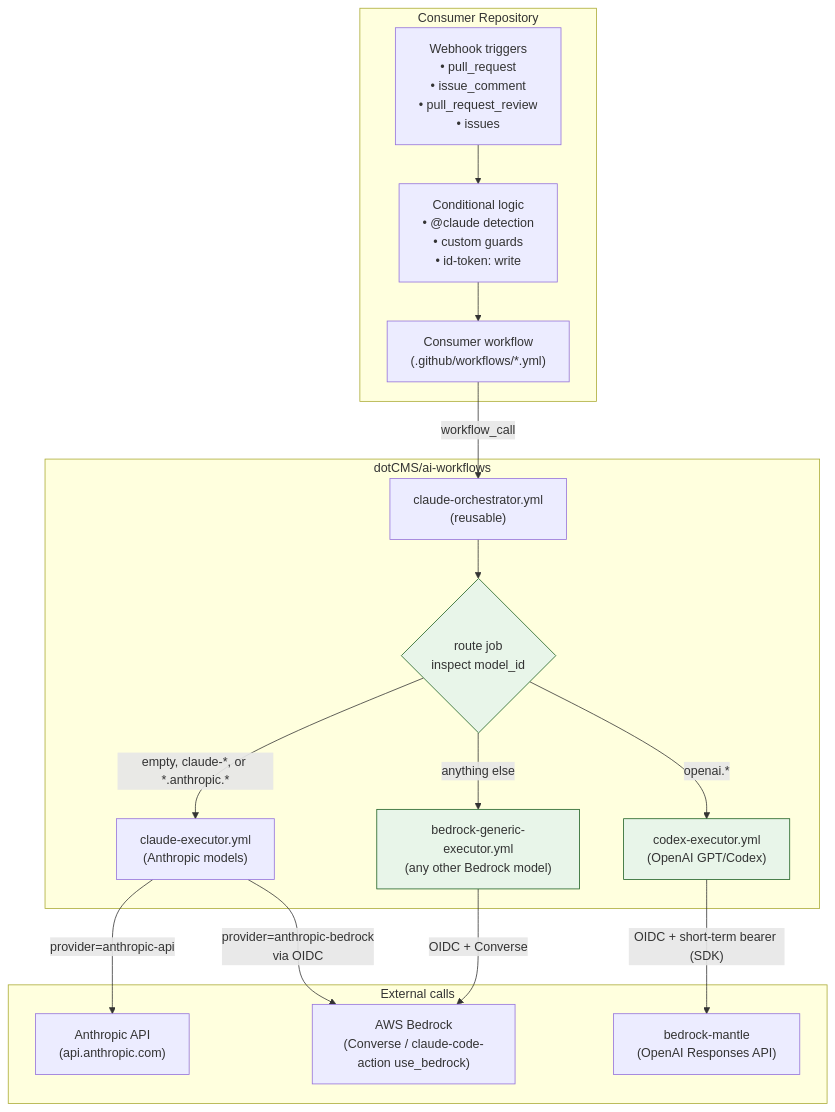
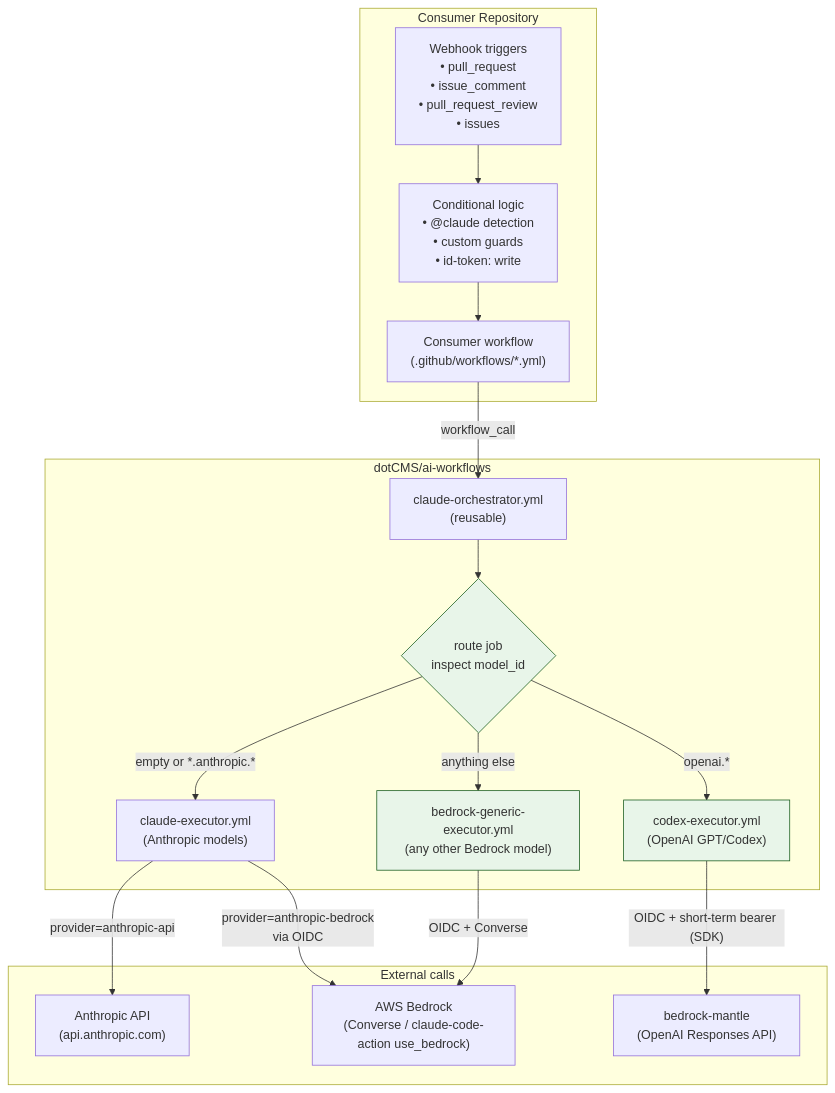
The second of 2 diagrams in ARCHITECTURE.md (dotCMS/ai-workflows), drawn with Mermaid before and after one commit. The commit also changed other lines of this file and 3 other files, not shown here.

````diff
--- a/ARCHITECTURE.md
+++ b/ARCHITECTURE.md
@@ -70,37 +70,37 @@
 ```mermaid
 flowchart TD
     subgraph consumer["Consumer Repository"]
         consumer_wf["Consumer workflow<br/>(.github/workflows/*.yml)"]
         triggers["Webhook triggers<br/>• pull_request<br/>• issue_comment<br/>• pull_request_review<br/>• issues"]
         cond["Conditional logic<br/>• @claude detection<br/>• custom guards<br/>• id-token: write"]
         triggers --> cond --> consumer_wf
     end
 
     subgraph this_repo["dotCMS/ai-workflows"]
         orch["claude-orchestrator.yml<br/>(reusable)"]
         route{"route job<br/>inspect model_id"}
         claude_exec["claude-executor.yml<br/>(Anthropic models)"]
         generic_exec["bedrock-generic-executor.yml<br/>(any other Bedrock model)"]
         codex_exec["codex-executor.yml<br/>(OpenAI GPT/Codex)"]
 
         orch --> route
-        route -->|"empty, claude-*, or *.anthropic.*"| claude_exec
+        route -->|"empty or *.anthropic.*"| claude_exec
         route -->|"openai.*"| codex_exec
         route -->|"anything else"| generic_exec
     end
 
     subgraph upstreams["External calls"]
         anth_api["Anthropic API<br/>(api.anthropic.com)"]
         bedrock["AWS Bedrock<br/>(Converse / claude-code-action use_bedrock)"]
         mantle["bedrock-mantle<br/>(OpenAI Responses API)"]
     end
 
     consumer_wf -->|"workflow_call"| orch
     claude_exec -->|"provider=anthropic-api"| anth_api
     claude_exec -->|"provider=anthropic-bedrock<br/>via OIDC"| bedrock
     generic_exec -->|"OIDC + Converse"| bedrock
     codex_exec -->|"OIDC + short-term bearer (SDK)"| mantle
 
     classDef new fill:#e8f5e9,stroke:#1b5e20,stroke-width:1px
     class generic_exec,route,codex_exec new
 ```
````
